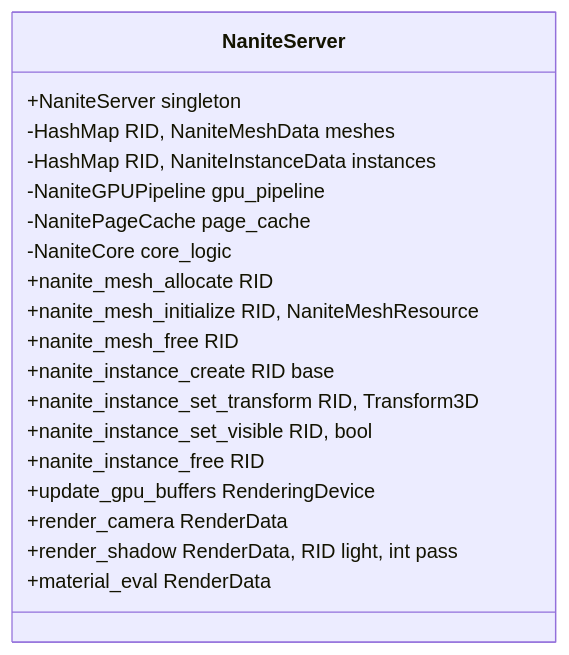
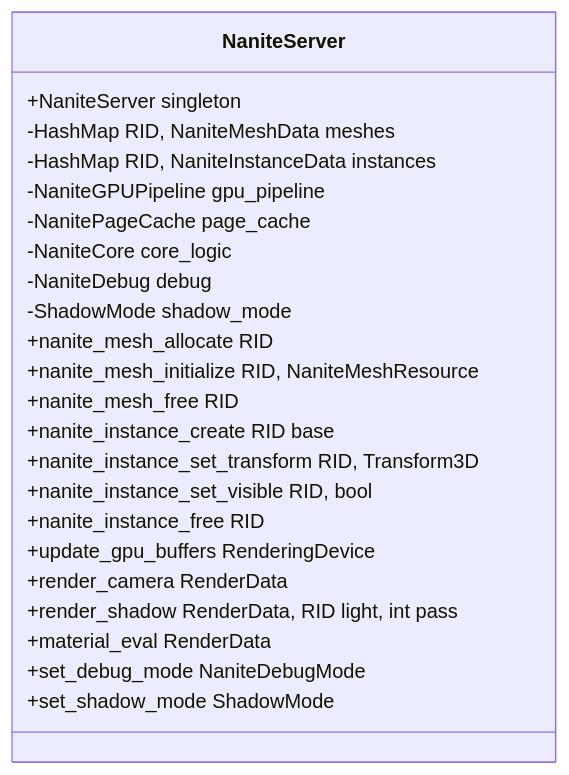
Diagram 18 of 31 in sourcecode_analysis/nanite-godot-design.md (alonecat06/godot), drawn with Mermaid before and after one commit. The commit also changed other lines of this file, not shown here.

First line of the commit message:
更新Nanite设计文档: Module桥接阴影改为动态GPU shadow + 新增调试可视化

````diff
--- a/sourcecode_analysis/nanite-godot-design.md
+++ b/sourcecode_analysis/nanite-godot-design.md
@@ -2481,22 +2481,26 @@
 ```mermaid
 classDiagram
     class NaniteServer {
         +NaniteServer singleton
         -HashMap RID, NaniteMeshData meshes
         -HashMap RID, NaniteInstanceData instances
         -NaniteGPUPipeline gpu_pipeline
         -NanitePageCache page_cache
         -NaniteCore core_logic
+        -NaniteDebug debug
+        -ShadowMode shadow_mode
         +nanite_mesh_allocate RID
         +nanite_mesh_initialize RID, NaniteMeshResource
         +nanite_mesh_free RID
         +nanite_instance_create RID base
         +nanite_instance_set_transform RID, Transform3D
         +nanite_instance_set_visible RID, bool
         +nanite_instance_free RID
         +update_gpu_buffers RenderingDevice
         +render_camera RenderData
         +render_shadow RenderData, RID light, int pass
         +material_eval RenderData
+        +set_debug_mode NaniteDebugMode
+        +set_shadow_mode ShadowMode
     }
 ```
````
